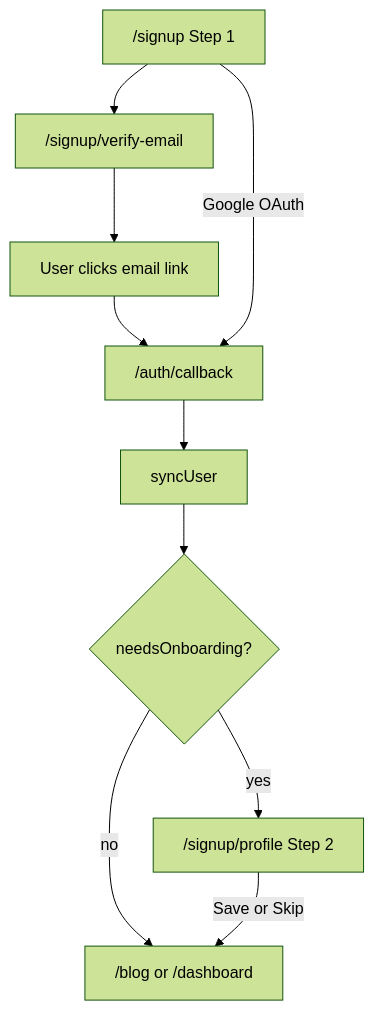
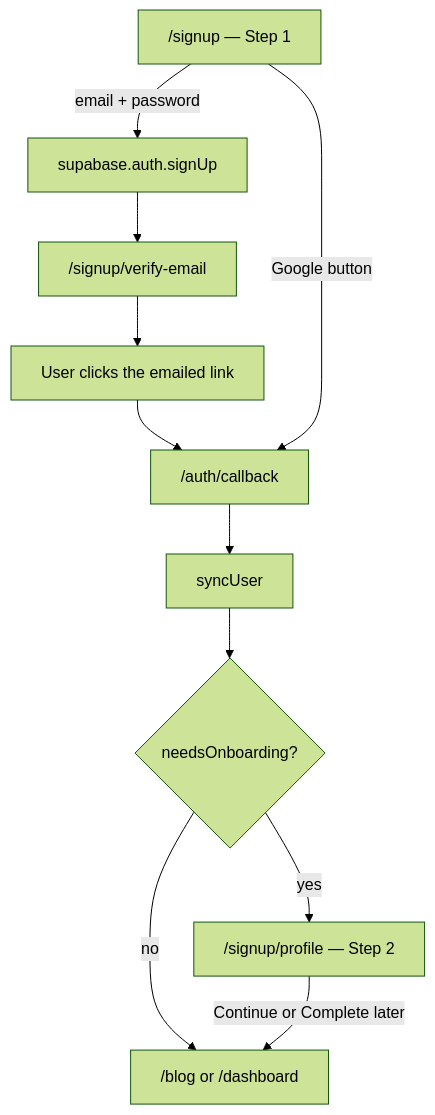
Before and after one commit to syamkumarmuvvala/HobbyEngineerDeck: the fifth of 6 diagrams in docs/part-1.md, drawn with Mermaid (forest theme). The commit also changed other lines of this file, not shown here.

````diff
--- a/docs/part-1.md
+++ b/docs/part-1.md
@@ -269,12 +991,13 @@
 ```mermaid
 flowchart TD
-  S1["/signup Step 1"] --> VE["/signup/verify-email"]
-  VE --> LINK["User clicks email link"]
-  LINK --> CB["/auth/callback"]
-  CB --> SYNC["syncUser"]
-  SYNC --> ONB{"needsOnboarding?"}
-  ONB -->|yes| S2["/signup/profile Step 2"]
-  ONB -->|no| HOME["/blog or /dashboard"]
-  S2 -->|Save or Skip| HOME
-  S1 -->|Google OAuth| CB
+  S1["/signup — Step 1"] -->|"email + password"| SU["supabase.auth.signUp"]
+  SU --> VE["/signup/verify-email"]
+  VE --> MAIL["User clicks the emailed link"]
+  MAIL --> CB["/auth/callback"]
+  S1 -->|"Google button"| CB
+  CB --> SY["syncUser"]
+  SY --> Q{"needsOnboarding?"}
+  Q -->|yes| S2["/signup/profile — Step 2"]
+  Q -->|no| HOME["/blog or /dashboard"]
+  S2 -->|"Continue or Complete later"| HOME
 ```
````
